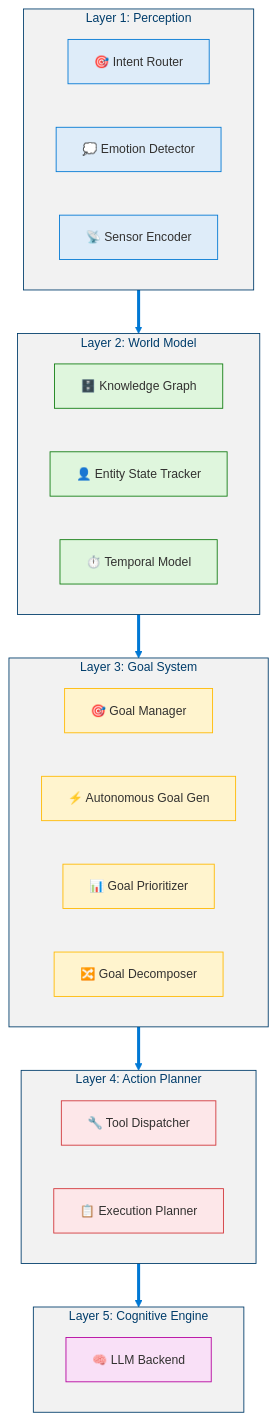
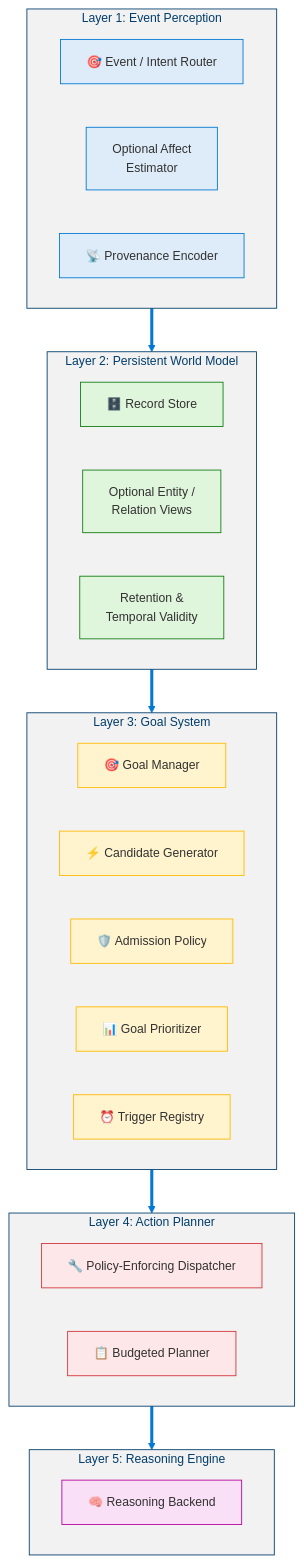
Before and after one commit to dotnetpower/mscp: the first of 8 diagrams in docs/levels/Level_2_Autonomous_Agent.md, drawn with Mermaid. The commit also changed other lines of this file and 21 other files, not shown here.

````diff
--- a/docs/levels/Level_2_Autonomous_Agent.md
+++ b/docs/levels/Level_2_Autonomous_Agent.md
@@ -241,52 +283,53 @@
 ```mermaid
 %%{init: {'theme': 'base', 'themeVariables': {'primaryColor': '#0078D4', 'primaryTextColor': '#003D6B', 'primaryBorderColor': '#003D6B', 'secondaryColor': '#50E6FF', 'secondaryTextColor': '#323130', 'secondaryBorderColor': '#00BCF2', 'tertiaryColor': '#F2F2F2', 'tertiaryTextColor': '#323130', 'lineColor': '#0078D4', 'textColor': '#323130', 'mainBkg': '#DEECF9', 'nodeBorder': '#0078D4', 'clusterBkg': '#F2F2F2', 'clusterBorder': '#003D6B', 'titleColor': '#003D6B', 'edgeLabelBackground': '#FFFFFF', 'fontSize': '14px'}}}%%
 flowchart TD
   classDef perception fill:#0078D4,stroke:#003D6B,color:#FFF
   classDef perceptionLight fill:#DEECF9,stroke:#0078D4,color:#323130
   classDef world fill:#107C10,stroke:#085108,color:#FFF
   classDef worldLight fill:#DFF6DD,stroke:#107C10,color:#323130
   classDef goal fill:#FFB900,stroke:#CC9400,color:#323130
   classDef goalLight fill:#FFF4CE,stroke:#FFB900,color:#323130
   classDef action fill:#D13438,stroke:#A4262C,color:#FFF
   classDef actionLight fill:#FDE7E9,stroke:#D13438,color:#323130
   classDef cognitive fill:#B4009E,stroke:#8A0076,color:#FFF
   classDef cognitiveLight fill:#F9E0F7,stroke:#B4009E,color:#323130
 
-  subgraph PL["Layer 1: Perception"]
+  subgraph PL["Layer 1: Event Perception"]
     direction LR
-    IR["🎯 Intent Router"]:::perceptionLight
-    ED["💭 Emotion Detector"]:::perceptionLight
-    SE["📡 Sensor Encoder"]:::perceptionLight
+    IR["🎯 Event / Intent Router"]:::perceptionLight
+    ED["Optional Affect<br/>Estimator"]:::perceptionLight
+    SE["📡 Provenance Encoder"]:::perceptionLight
   end
 
-  subgraph WM["Layer 2: World Model"]
+  subgraph WM["Layer 2: Persistent World Model"]
     direction LR
-    KG["🗄️ Knowledge Graph"]:::worldLight
-    ES["👤 Entity State Tracker"]:::worldLight
-    TM["⏱️ Temporal Model"]:::worldLight
+    KG["🗄️ Record Store"]:::worldLight
+    ES["Optional Entity /<br/>Relation Views"]:::worldLight
+    TM["Retention &<br/>Temporal Validity"]:::worldLight
   end
 
   subgraph GS["Layer 3: Goal System"]
     direction LR
     GM["🎯 Goal Manager"]:::goalLight
-    AGG["⚡ Autonomous Goal Gen"]:::goalLight
+    AGG["⚡ Candidate Generator"]:::goalLight
+    GA["🛡️ Admission Policy"]:::goalLight
     GP["📊 Goal Prioritizer"]:::goalLight
-    GD["🔀 Goal Decomposer"]:::goalLight
+    GD["⏰ Trigger Registry"]:::goalLight
   end
 
   subgraph AP["Layer 4: Action Planner"]
     direction LR
-    TD["🔧 Tool Dispatcher"]:::actionLight
-    EP["📋 Execution Planner"]:::actionLight
+    TD["🔧 Policy-Enforcing Dispatcher"]:::actionLight
+    EP["📋 Budgeted Planner"]:::actionLight
   end
 
-  subgraph CE["Layer 5: Cognitive Engine"]
+  subgraph CE["Layer 5: Reasoning Engine"]
     direction LR
-    LLM["🧠 LLM Backend"]:::cognitiveLight
+    LLM["🧠 Reasoning Backend"]:::cognitiveLight
   end
 
   PL ==> WM
   WM ==> GS
   GS ==> AP
   AP ==> CE
 ```
````
